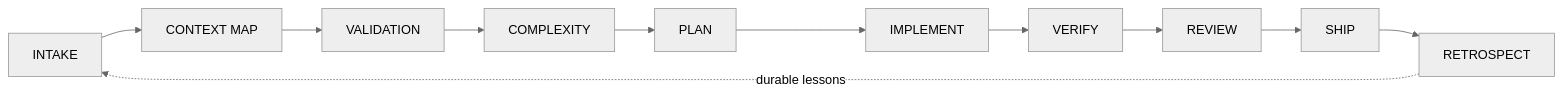
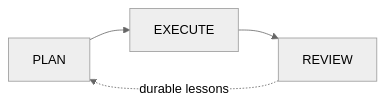
The diagram in README.md (zaingz/coding-quality-loop), drawn with Mermaid (neutral theme) before and after one commit. The commit also changed other lines of this file and 22 other files, not shown here.

First line of the commit message:
feat: v2.4.0 plan-execute-review architecture

````diff
--- a/README.md
+++ b/README.md
@@ -172,13 +165,6 @@
 ```mermaid
 flowchart LR
-  INTAKE[INTAKE] --> CONTEXT[CONTEXT MAP]
-  CONTEXT --> VALIDATION[VALIDATION]
-  VALIDATION --> COMPLEXITY[COMPLEXITY]
-  COMPLEXITY --> PLAN[PLAN]
-  PLAN --> IMPLEMENT[IMPLEMENT]
-  IMPLEMENT --> VERIFY[VERIFY]
-  VERIFY --> REVIEW[REVIEW]
-  REVIEW --> SHIP[SHIP]
-  SHIP --> RETROSPECT[RETROSPECT]
-  RETROSPECT -. durable lessons .-> INTAKE
+  PLAN[PLAN] --> EXECUTE[EXECUTE]
+  EXECUTE --> REVIEW[REVIEW]
+  REVIEW -. durable lessons .-> PLAN
 ```
````
